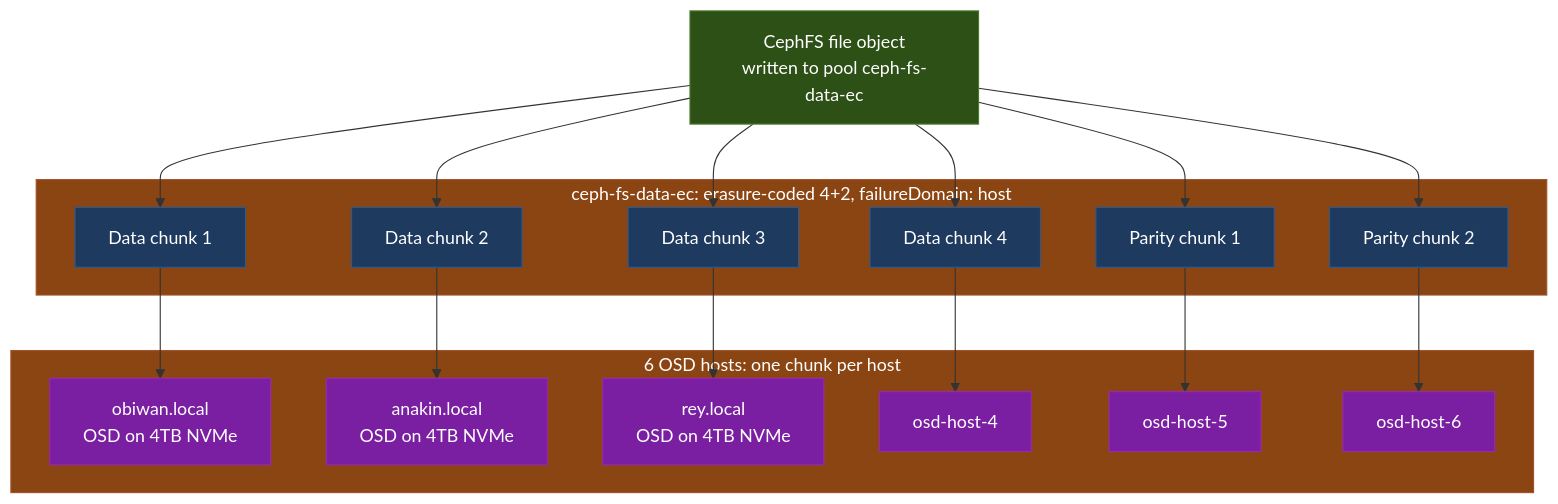
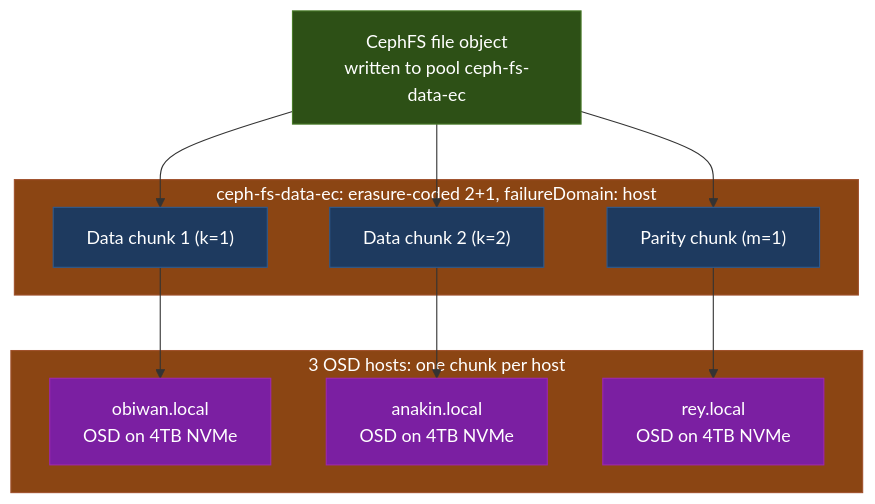
The diagram in docs/wiki/14-Design-Deep-Dives.md (seadogger-tech/seadogger-homelab), drawn with Mermaid before and after one commit.

Commit message:
Wiki: 2+1 chunk-placement diagram matches the spec (OCE-527)

````diff
--- a/docs/wiki/14-Design-Deep-Dives.md
+++ b/docs/wiki/14-Design-Deep-Dives.md
@@ -89,51 +89,33 @@
 ```mermaid
 flowchart TB
     OBJ["CephFS file object<br/>written to pool ceph-fs-data-ec"]
 
-    subgraph POOL["ceph-fs-data-ec: erasure-coded 4+2, failureDomain: host"]
-        D1["Data chunk 1"]
-        D2["Data chunk 2"]
-        D3["Data chunk 3"]
-        D4["Data chunk 4"]
-        P1["Parity chunk 1"]
-        P2["Parity chunk 2"]
+    subgraph POOL["ceph-fs-data-ec: erasure-coded 2+1, failureDomain: host"]
+        D1["Data chunk 1 (k=1)"]
+        D2["Data chunk 2 (k=2)"]
+        P1["Parity chunk (m=1)"]
     end
 
-    subgraph HOSTS["6 OSD hosts: one chunk per host"]
+    subgraph HOSTS["3 OSD hosts: one chunk per host"]
         H1["obiwan.local<br/>OSD on 4TB NVMe"]
         H2["anakin.local<br/>OSD on 4TB NVMe"]
         H3["rey.local<br/>OSD on 4TB NVMe"]
-        H4["osd-host-4"]
-        H5["osd-host-5"]
-        H6["osd-host-6"]
     end
 
     OBJ --> D1
     OBJ --> D2
-    OBJ --> D3
-    OBJ --> D4
     OBJ --> P1
-    OBJ --> P2
     D1 --> H1
     D2 --> H2
-    D3 --> H3
-    D4 --> H4
-    P1 --> H5
-    P2 --> H6
+    P1 --> H3
 
     style OBJ fill:#2d5016,stroke:#4a7c2a,color:#fff
     style D1 fill:#1e3a5f,stroke:#2d5a8f,color:#fff
     style D2 fill:#1e3a5f,stroke:#2d5a8f,color:#fff
-    style D3 fill:#1e3a5f,stroke:#2d5a8f,color:#fff
-    style D4 fill:#1e3a5f,stroke:#2d5a8f,color:#fff
     style P1 fill:#1e3a5f,stroke:#2d5a8f,color:#fff
-    style P2 fill:#1e3a5f,stroke:#2d5a8f,color:#fff
     style H1 fill:#7b1fa2,stroke:#9c27b0,color:#fff
     style H2 fill:#7b1fa2,stroke:#9c27b0,color:#fff
     style H3 fill:#7b1fa2,stroke:#9c27b0,color:#fff
-    style H4 fill:#7b1fa2,stroke:#9c27b0,color:#fff
-    style H5 fill:#7b1fa2,stroke:#9c27b0,color:#fff
-    style H6 fill:#7b1fa2,stroke:#9c27b0,color:#fff
     style POOL fill:#8b4513,stroke:#a0522d,color:#fff
     style HOSTS fill:#8b4513,stroke:#a0522d,color:#fff
 ```
````
